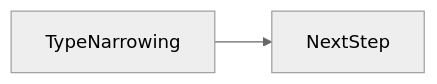
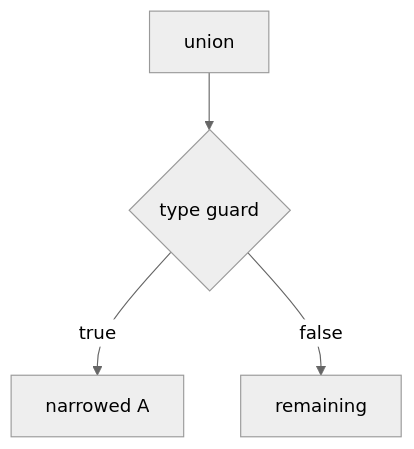
The second of 2 diagrams in docs/en/07-typescript/type-narrowing/index.md (OmidJavaherii/Frontend-Engineering-Handbook), drawn with Mermaid (neutral theme) before and after one commit. The commit also changed other lines of this file and 461 other files, not shown here.

````diff
--- a/docs/en/07-typescript/type-narrowing/index.md
+++ b/docs/en/07-typescript/type-narrowing/index.md
@@ -94,4 +124,6 @@
 ```mermaid
-flowchart LR
-  concept[TypeNarrowing] --> nextStep[NextStep]
+flowchart TD
+  U[union] --> G{type guard}
+  G -->|true| A[narrowed A]
+  G -->|false| B[remaining]
 ```
````
